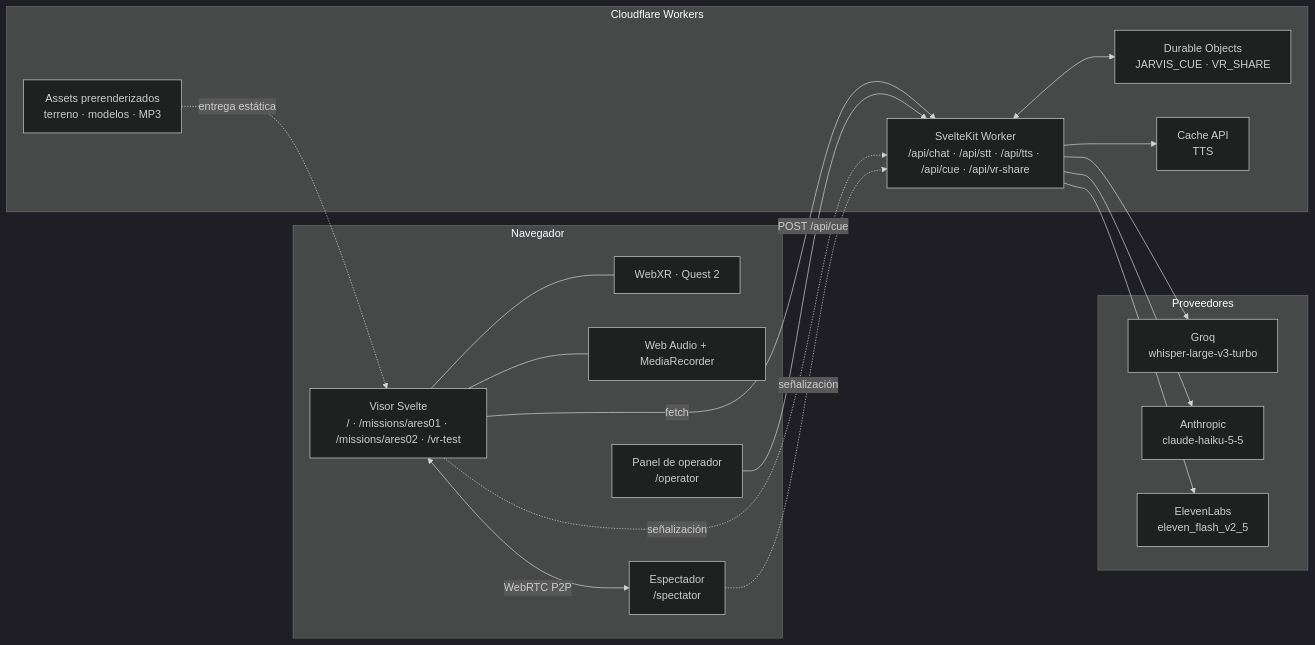
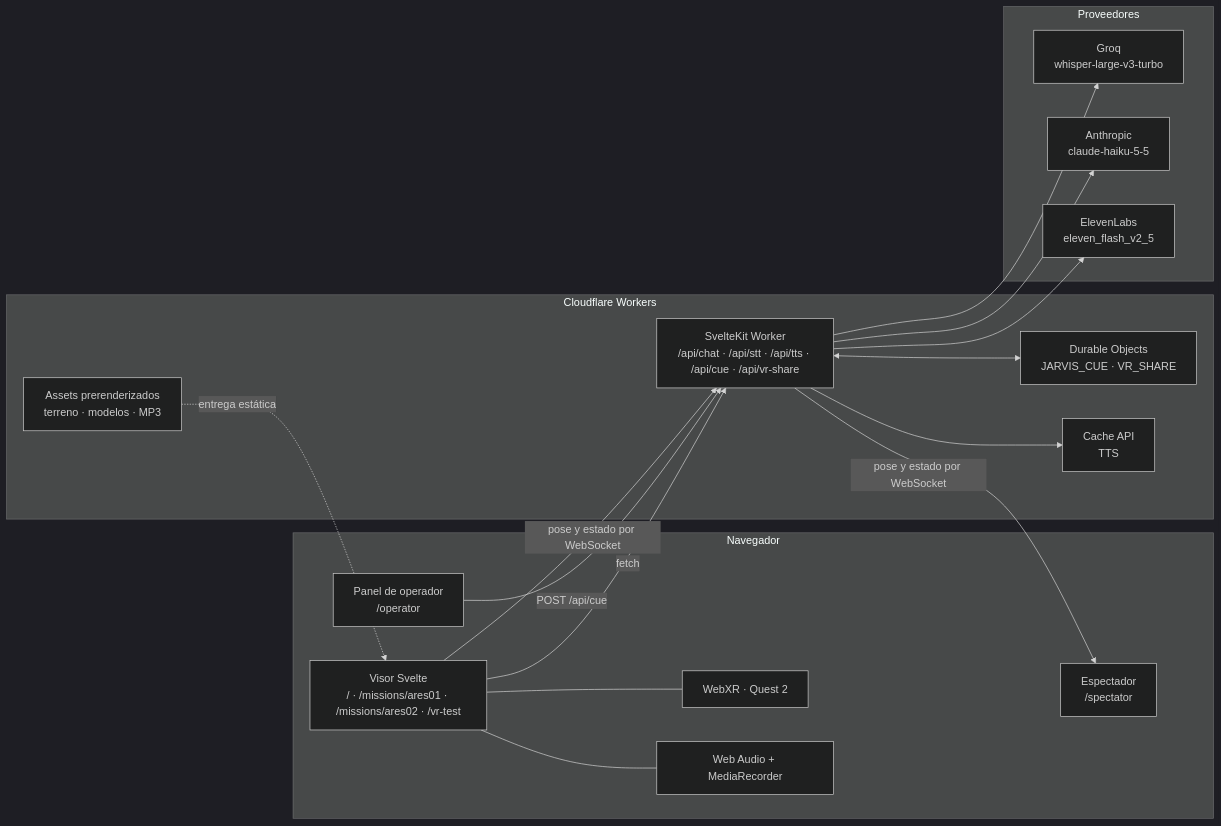
One commit to losmingos/nasa-spaceapps changed the first of 2 diagrams in DOCUMENTATION.md. Above: the diagram before and after it, drawn with Mermaid (dark theme). The commit also changed other lines of this file and 16 other files, not shown here.

````diff
--- a/DOCUMENTATION.md
+++ b/DOCUMENTATION.md
@@ -89,37 +89,36 @@
 ```mermaid
 flowchart LR
   subgraph CLIENT["Navegador"]
     VISOR["Visor Svelte<br/>/ · /missions/ares01 · /missions/ares02 · /vr-test"]
     XR["WebXR · Quest 2"]
     AUDIO["Web Audio + MediaRecorder"]
     OP["Panel de operador<br/>/operator"]
     SPEC["Espectador<br/>/spectator"]
     VISOR --- XR
     VISOR --- AUDIO
   end
 
   subgraph EDGE["Cloudflare Workers"]
     ASSETS["Assets prerenderizados<br/>terreno · modelos · MP3"]
     API["SvelteKit Worker<br/>/api/chat · /api/stt · /api/tts · /api/cue · /api/vr-share"]
     DO["Durable Objects<br/>JARVIS_CUE · VR_SHARE"]
     CACHE["Cache API<br/>TTS"]
   end
 
   subgraph PROVIDERS["Proveedores"]
     GROQ["Groq<br/>whisper-large-v3-turbo"]
     CLAUDE["Anthropic<br/>claude-haiku-5-5"]
     ELEVEN["ElevenLabs<br/>eleven_flash_v2_5"]
   end
 
   VISOR -->|fetch| API
   OP -->|POST /api/cue| API
-  VISOR -.->|señalización| API
-  SPEC -.->|señalización| API
-  VISOR <-->|WebRTC P2P| SPEC
+  VISOR -->|pose y estado por WebSocket| API
+  API -->|pose y estado por WebSocket| SPEC
   ASSETS -.->|entrega estática| VISOR
   API --> GROQ
   API --> CLAUDE
   API --> ELEVEN
   API <--> DO
   API --> CACHE
 ```
````
